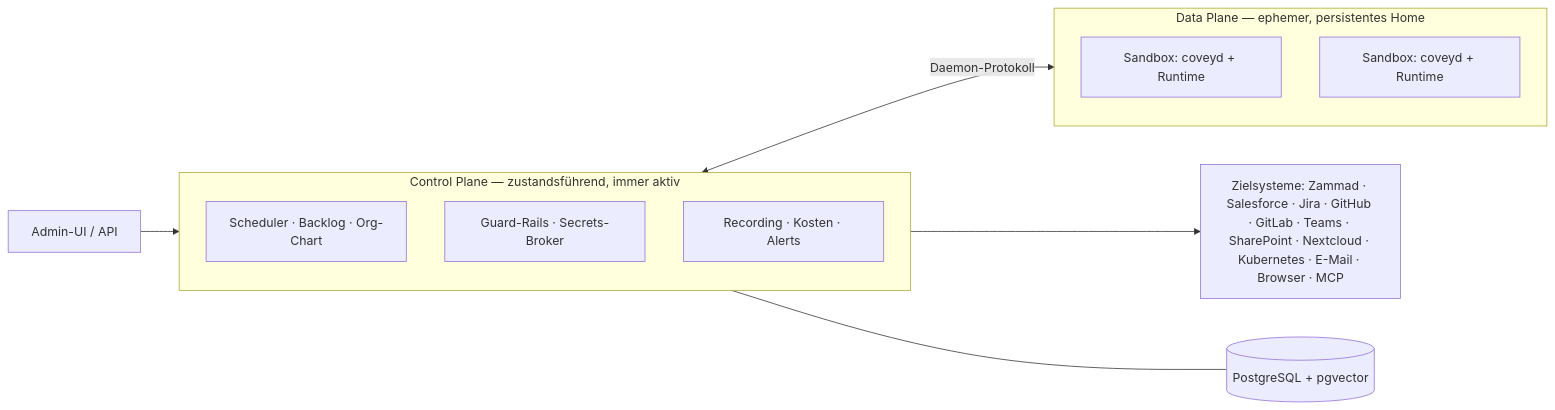
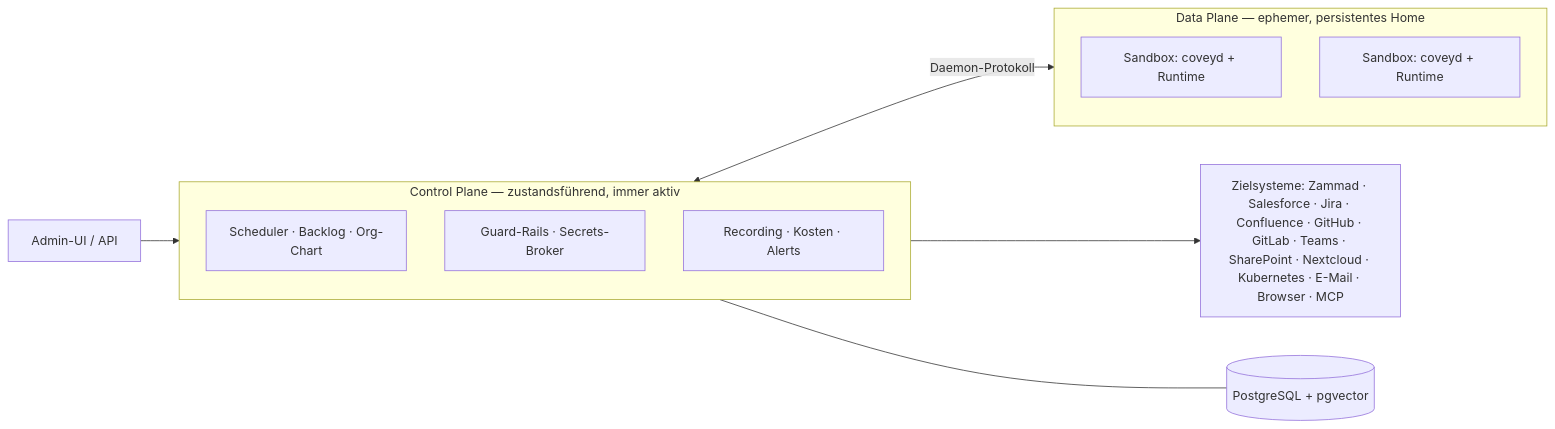
One commit to benjaminLedel/covey changed the diagram in README.de.md. Above: the diagram before and after it, drawn with Mermaid. The commit also changed other lines of this file and 12 other files, not shown here.

````diff
--- a/README.de.md
+++ b/README.de.md
@@ -110,21 +110,21 @@
 ```mermaid
 flowchart LR
     UI["Admin-UI / API"] --> CP
 
     subgraph CP["Control Plane — zustandsführend, immer aktiv"]
         direction TB
         SCHED["Scheduler · Backlog · Org-Chart"]
         GUARD["Guard-Rails · Secrets-Broker"]
         OBS["Recording · Kosten · Alerts"]
     end
 
     subgraph DP["Data Plane — ephemer, persistentes Home"]
         direction TB
         S1["Sandbox: coveyd + Runtime"]
         S2["Sandbox: coveyd + Runtime"]
     end
 
     CP <-->|Daemon-Protokoll| DP
-    CP --> TS["Zielsysteme: Zammad · Salesforce · Jira · GitHub · GitLab · Teams · SharePoint · Nextcloud · Kubernetes · E-Mail · Browser · MCP"]
+    CP --> TS["Zielsysteme: Zammad · Salesforce · Jira · Confluence · GitHub · GitLab · Teams · SharePoint · Nextcloud · Kubernetes · E-Mail · Browser · MCP"]
     CP --- DB[("PostgreSQL + pgvector")]
 ```
````
